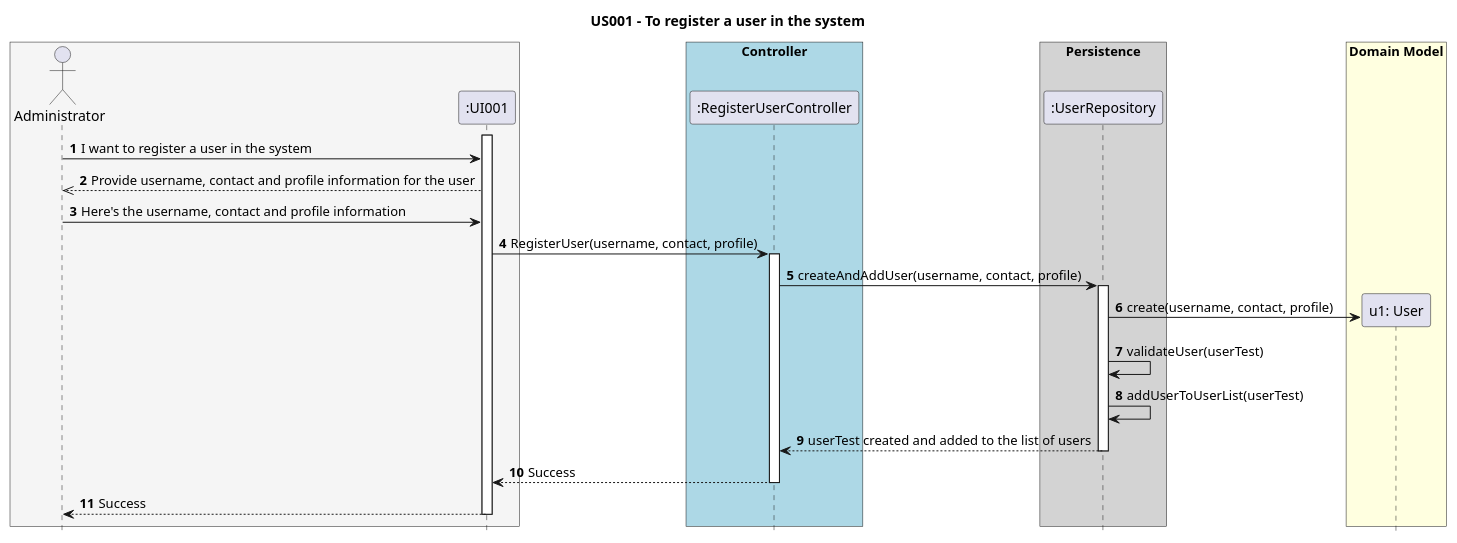
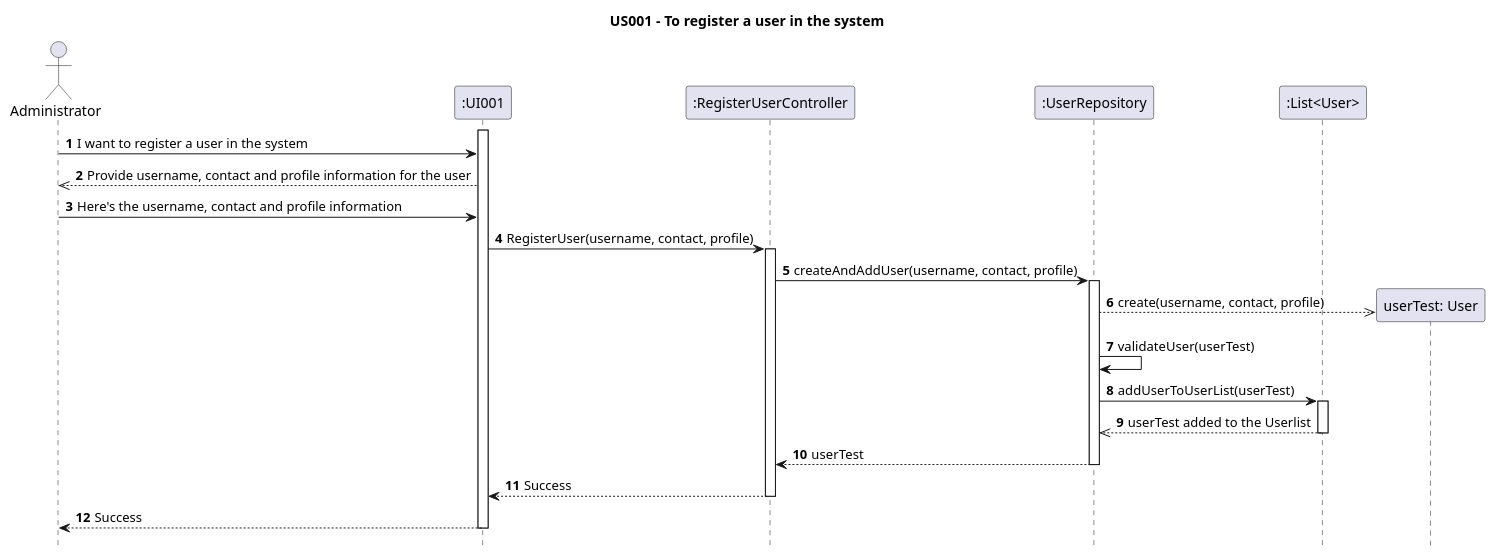
The diagram in Diagrams/SequenceDiagrams/N2/US001-to-register-a-user.puml (AndrePereiraGitH/SWitCH-Project-Team_A), drawn with PlantUML before and after one commit. The commit also changed 8 other files, not shown here.

Commit message:
Finished #23 #26, sequence and class diagram finished

```diff
--- a/Diagrams/SequenceDiagrams/N2/US001-to-register-a-user.puml
+++ b/Diagrams/SequenceDiagrams/N2/US001-to-register-a-user.puml
@@ -1,57 +1,54 @@
 @startuml
 
 hide footbox
 autonumber
 
 title US001 - To register a user in the system
 
-box #WhiteSmoke
 actor Administrator
 participant ":UI001" as UI
-end box
 
-box "Controller" #LightBlue
 participant ":RegisterUserController" as RegisterUserController
-end box
 
-box "Persistence" #LightGrey
 participant ":UserRepository" as UserRepository
-end box
+
+participant ":List<User>"
 
 ' Human contact between Administrator and UI
 activate UI
 Administrator -> UI : I want to register a user in the system
 UI -->> Administrator :  Provide username, contact and profile information for the user
 Administrator -> UI :  Here's the username, contact and profile information
 
 ' First contact between UI and the System
 UI -> RegisterUserController : RegisterUser(username, contact, profile)
 activate RegisterUserController
 
 RegisterUserController -> UserRepository : createAndAddUser(username, contact, profile)
 
 activate UserRepository
 ' Creation of u1 instance from User class
-box "Domain Model"#LightYellow
-create "u1: User" as User
-end box
+create "userTest: User" as User
 
 ' Creation, validation and addition
-UserRepository -> User : create(username, contact, profile)
+UserRepository -->> User : create(username, contact, profile)
 UserRepository -> UserRepository : validateUser(userTest)
-UserRepository -> UserRepository : addUserToUserList(userTest)
+UserRepository -> ":List<User>" : addUserToUserList(userTest)
 
+activate ":List<User>"
+":List<User>" -->> UserRepository : userTest added to the Userlist
+deactivate
 
 ' Return from UserRepository to RegisterUserController
-UserRepository --> RegisterUserController : userTest created and added to the list of users
+UserRepository --> RegisterUserController : userTest
 deactivate UserRepository
 
 ' Return from RegisterUserController to UI
 RegisterUserController --> UI : Success
 deactivate RegisterUserController
 
 ' Return from UI to Administrator
 UI --> Administrator : Success
 deactivate UI
 
 @enduml
```
